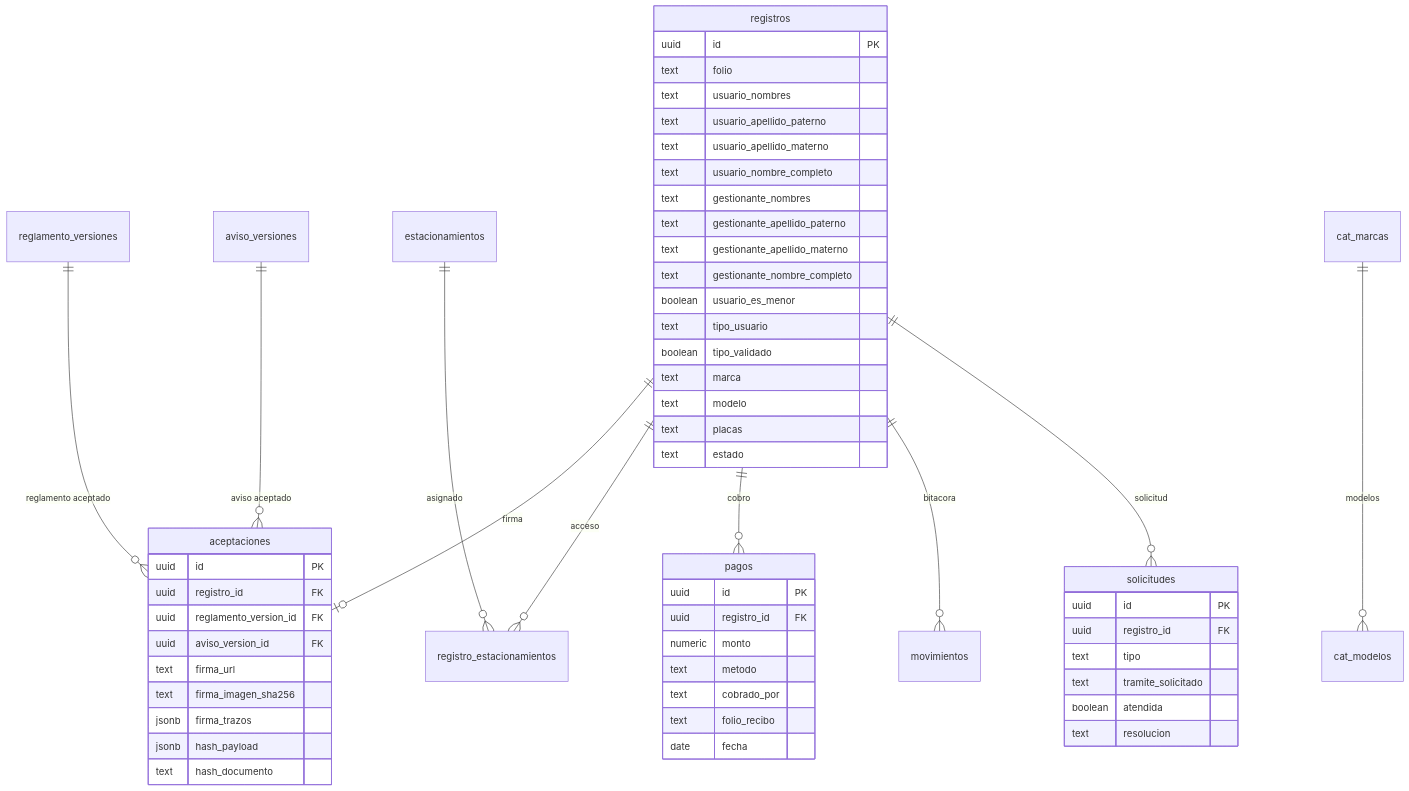
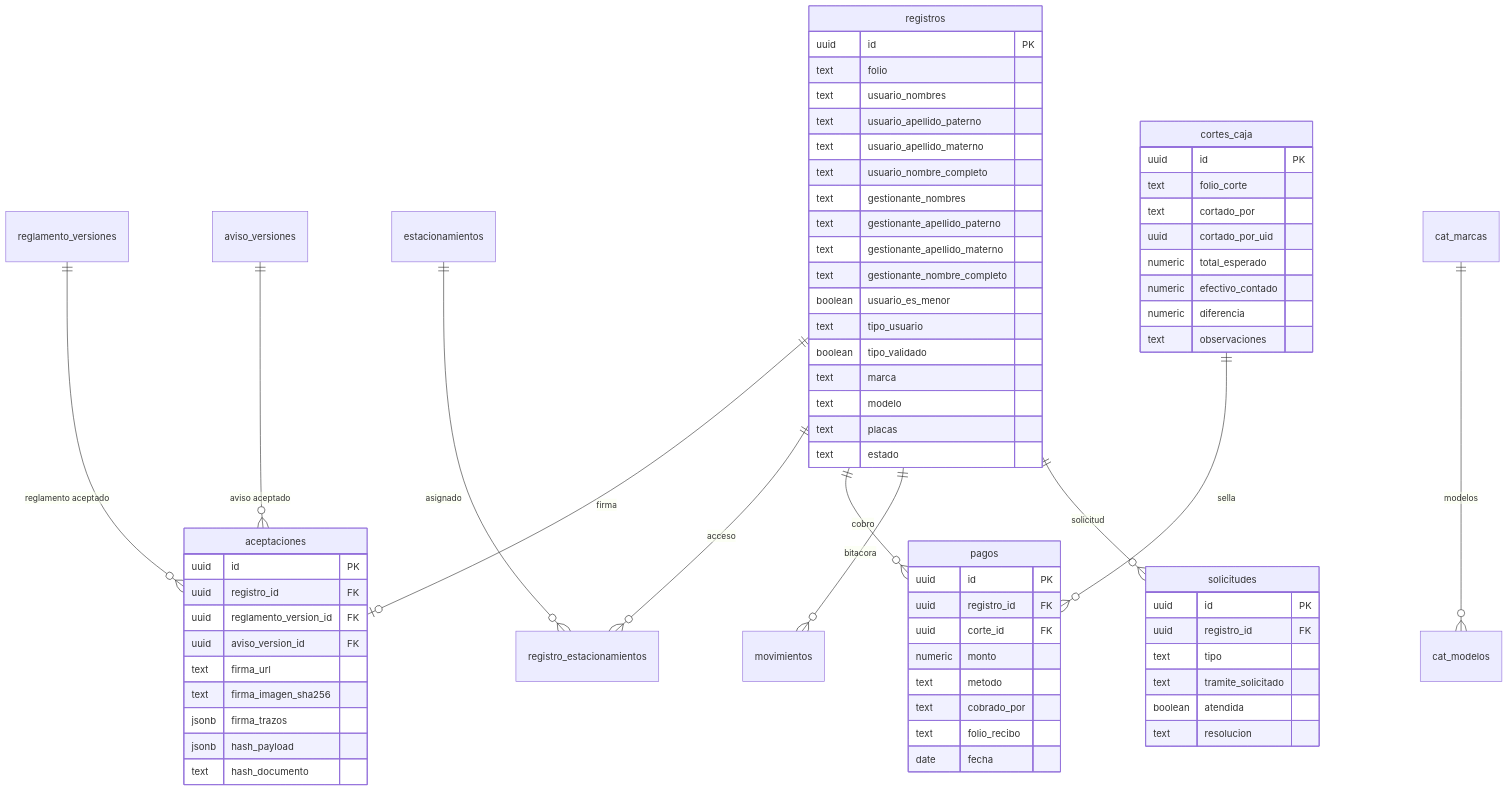
The diagram in Desarrollo/01 - Modelo de Datos y Base de Datos.md (Proyectos-Web-IAQ/SATAG), drawn with Mermaid before and after one commit. The commit also changed other lines of this file and 22 other files, not shown here.

First line of the commit message:
Agrega el corte de caja / finanzas para Administracion

````diff
--- a/Desarrollo/01 - Modelo de Datos y Base de Datos.md
+++ b/Desarrollo/01 - Modelo de Datos y Base de Datos.md
@@ -76,63 +77,76 @@
 ```mermaid
 erDiagram
     registros ||--o| aceptaciones : "firma"
     registros ||--o{ registro_estacionamientos : "acceso"
     estacionamientos ||--o{ registro_estacionamientos : "asignado"
     registros ||--o{ pagos : "cobro"
     registros ||--o{ movimientos : "bitacora"
     registros ||--o{ solicitudes : "solicitud"
     reglamento_versiones ||--o{ aceptaciones : "reglamento aceptado"
     aviso_versiones ||--o{ aceptaciones : "aviso aceptado"
     cat_marcas ||--o{ cat_modelos : "modelos"
+    cortes_caja ||--o{ pagos : "sella"
 
     registros {
         uuid id PK
         text folio
         text usuario_nombres
         text usuario_apellido_paterno
         text usuario_apellido_materno
         text usuario_nombre_completo
         text gestionante_nombres
         text gestionante_apellido_paterno
         text gestionante_apellido_materno
         text gestionante_nombre_completo
         boolean usuario_es_menor
         text tipo_usuario
         boolean tipo_validado
         text marca
         text modelo
         text placas
         text estado
     }
 
     aceptaciones {
         uuid id PK
         uuid registro_id FK
         uuid reglamento_version_id FK
         uuid aviso_version_id FK
         text firma_url
         text firma_imagen_sha256
         jsonb firma_trazos
         jsonb hash_payload
         text hash_documento
     }
 
     solicitudes {
         uuid id PK
         uuid registro_id FK
         text tipo
         text tramite_solicitado
         boolean atendida
         text resolucion
     }
 
     pagos {
         uuid id PK
         uuid registro_id FK
+        uuid corte_id FK
         numeric monto
         text metodo
         text cobrado_por
         text folio_recibo
         date fecha
     }
+
+    cortes_caja {
+        uuid id PK
+        text folio_corte
+        text cortado_por
+        uuid cortado_por_uid
+        numeric total_esperado
+        numeric efectivo_contado
+        numeric diferencia
+        text observaciones
+    }
 ```
````
